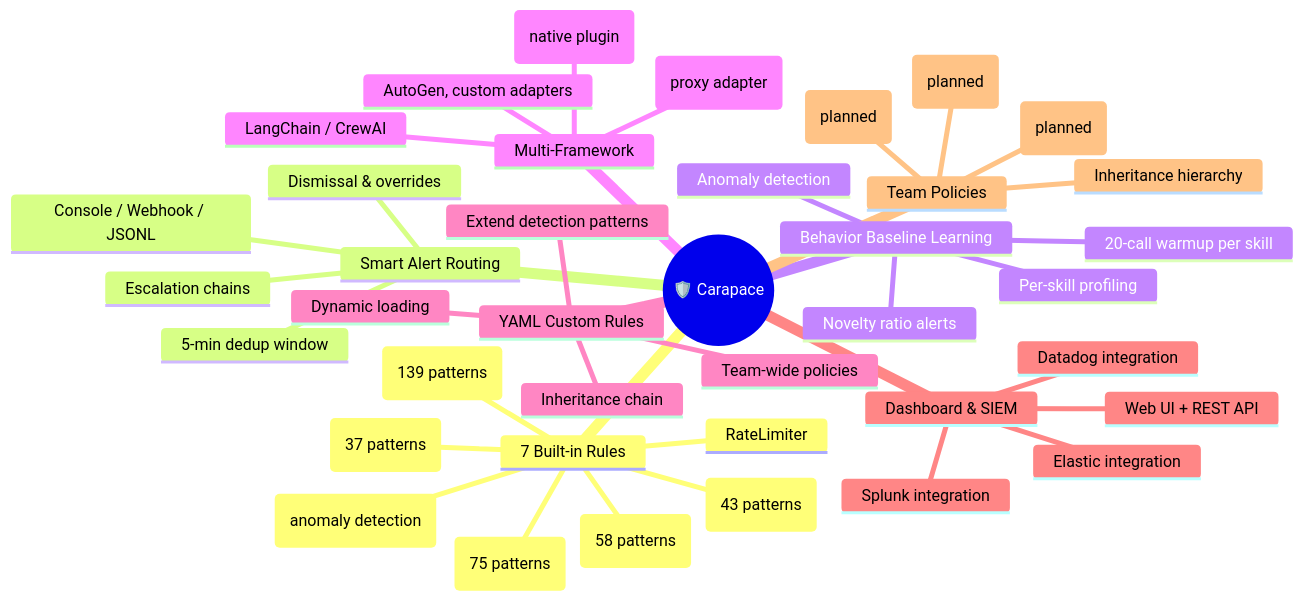
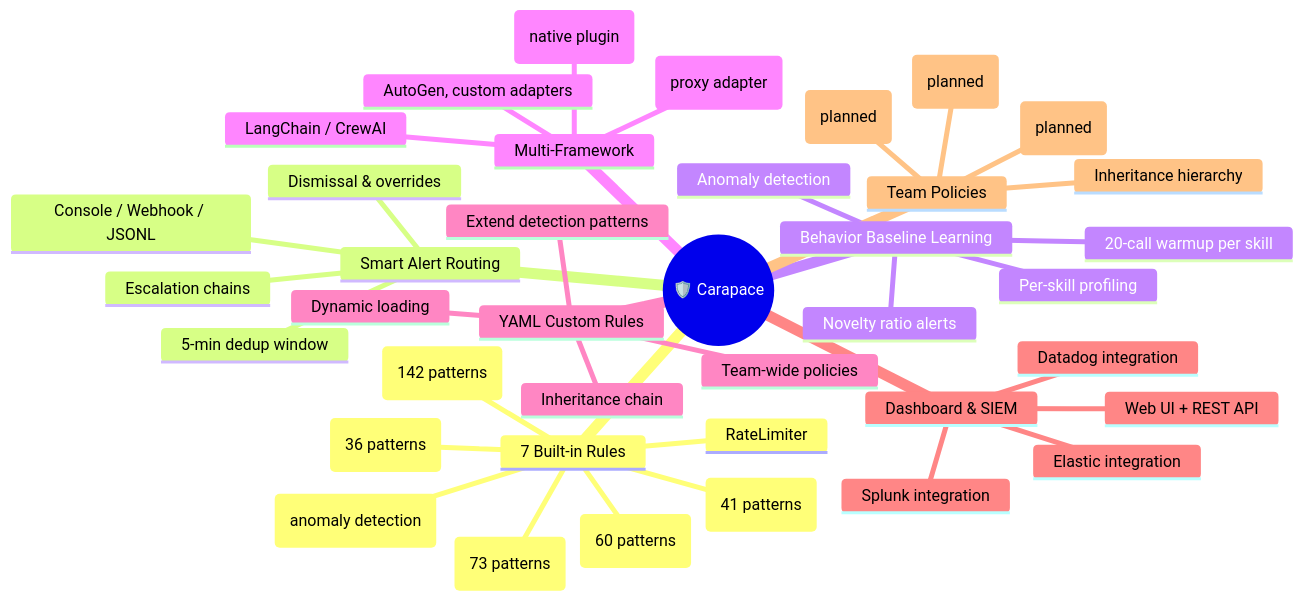
The first of 4 diagrams in README.md (yeasy/carapace), drawn with Mermaid before and after one commit. The commit also changed other lines of this file and 4 other files, not shown here.

````diff
--- a/README.md
+++ b/README.md
@@ -70,42 +70,42 @@
 ```mermaid
 mindmap
   root((🛡️ Carapace))
     7 Built-in Rules
-      ExecGuard (139 patterns)
-      PathGuard (75 patterns)
-      NetworkGuard (43 patterns)
+      ExecGuard (142 patterns)
+      PathGuard (73 patterns)
+      NetworkGuard (41 patterns)
       RateLimiter
-      PromptInjection (37 patterns)
-      DataExfil (58 patterns)
+      PromptInjection (36 patterns)
+      DataExfil (60 patterns)
       BaselineDrift (anomaly detection)
     Smart Alert Routing
       5-min dedup window
       Escalation chains
       Dismissal & overrides
       Console / Webhook / JSONL
     Behavior Baseline Learning
       20-call warmup per skill
       Per-skill profiling
       Anomaly detection
       Novelty ratio alerts
     Multi-Framework
       OpenClaw (native plugin)
       MCP (proxy adapter)
       LangChain / CrewAI
       AutoGen, custom adapters
     YAML Custom Rules
       Extend detection patterns
       Team-wide policies
       Inheritance chain
       Dynamic loading
     Dashboard & SIEM
       Web UI + REST API
       Splunk integration
       Elastic integration
       Datadog integration
     Team Policies
       Inheritance hierarchy
       Role-based access (planned)
       Policy versioning (planned)
       Audit logging (planned)
 ```
````
